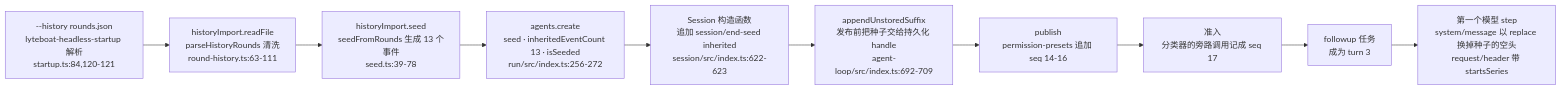
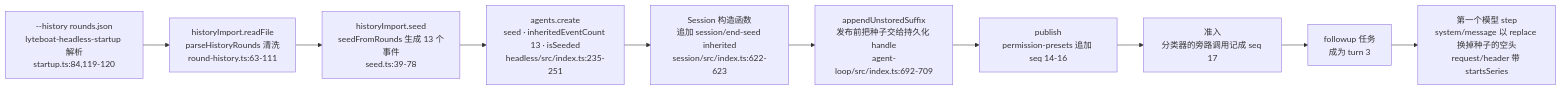
Diagram 11 of 11 in docs/01-architecture.md (lyteboat/boat), drawn with Mermaid before and after one commit. The commit also changed other lines of this file and 4 other files, not shown here.

````diff
--- a/docs/01-architecture.md
+++ b/docs/01-architecture.md
@@ -1281,12 +1281,12 @@
 ```mermaid
 flowchart LR
-  arg["--history rounds.json<br/>lyteboat-headless-startup 解析<br/>startup.ts:84,120-121"] --> rf["historyImport.readFile<br/>parseHistoryRounds 清洗<br/>round-history.ts:63-111"]
+  arg["--history rounds.json<br/>lyteboat-headless-startup 解析<br/>startup.ts:84,119-120"] --> rf["historyImport.readFile<br/>parseHistoryRounds 清洗<br/>round-history.ts:63-111"]
   rf --> sd["historyImport.seed<br/>seedFromRounds 生成 13 个事件<br/>seed.ts:39-78"]
-  sd --> cr["agents.create<br/>seed · inheritedEventCount 13 · isSeeded<br/>run/src/index.ts:256-272"]
+  sd --> cr["agents.create<br/>seed · inheritedEventCount 13 · isSeeded<br/>headless/src/index.ts:235-251"]
   cr --> es["Session 构造函数<br/>追加 session/end-seed inherited<br/>session/src/index.ts:622-623"]
   es --> st["appendUnstoredSuffix<br/>发布前把种子交给持久化 handle<br/>agent-loop/src/index.ts:692-709"]
   st --> pub["publish<br/>permission-presets 追加 seq 14-16"]
   pub --> adm["准入<br/>分类器的旁路调用记成 seq 17"]
   adm --> task["followup 任务<br/>成为 turn 3"]
   task --> rep["第一个模型 step<br/>system/message 以 replace 换掉种子的空头<br/>request/header 带 startsSeries"]
 ```
````
